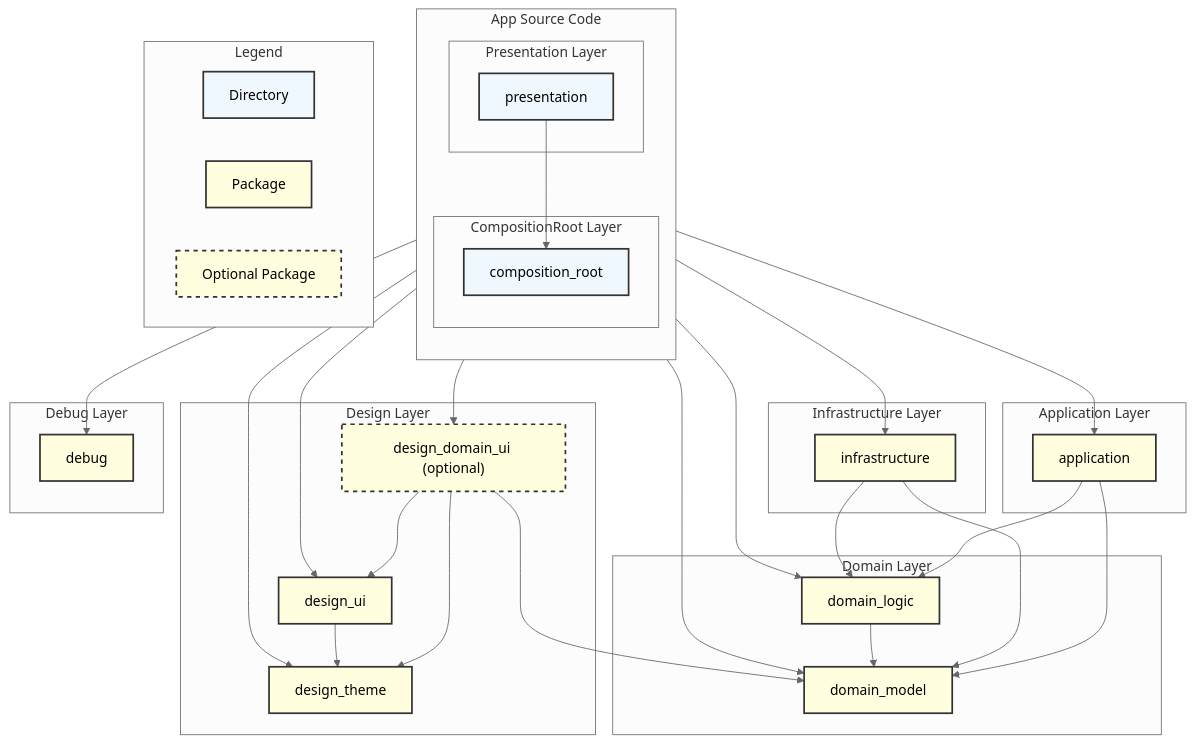
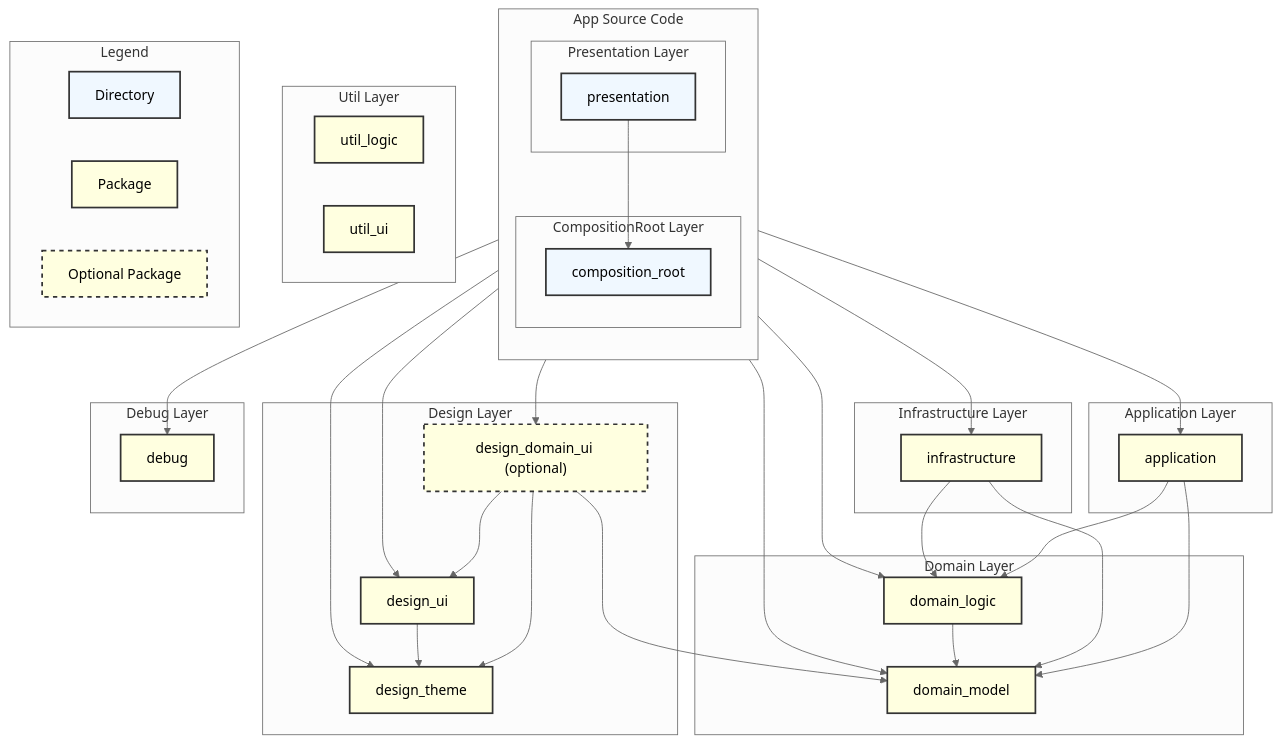
Before and after one commit to yumemi-inc/flutter-mobile-project-template: the diagram in docs/ARCHITECTURE.md, drawn with Mermaid (neutral theme). The commit also changed other lines of this file, not shown here.

Commit message:
docs: Util レイヤーについて追記

```diff
--- a/docs/ARCHITECTURE.md
+++ b/docs/ARCHITECTURE.md
@@ -87,6 +94,15 @@
     class debug package
   end
 
+  %% Util Layer
+  subgraph "Util Layer"
+    util_logic[util_logic]
+    class util_logic package
+
+    util_ui[util_ui]
+    class util_ui package
+  end
+
   %% Dependencies
   presentation --> composition_root
   presentation --> domain_model
```
